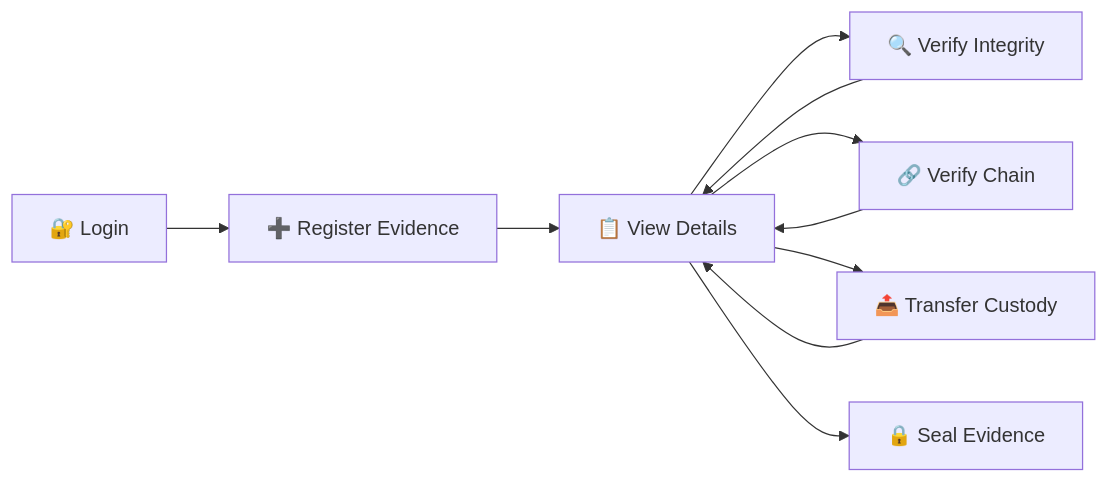
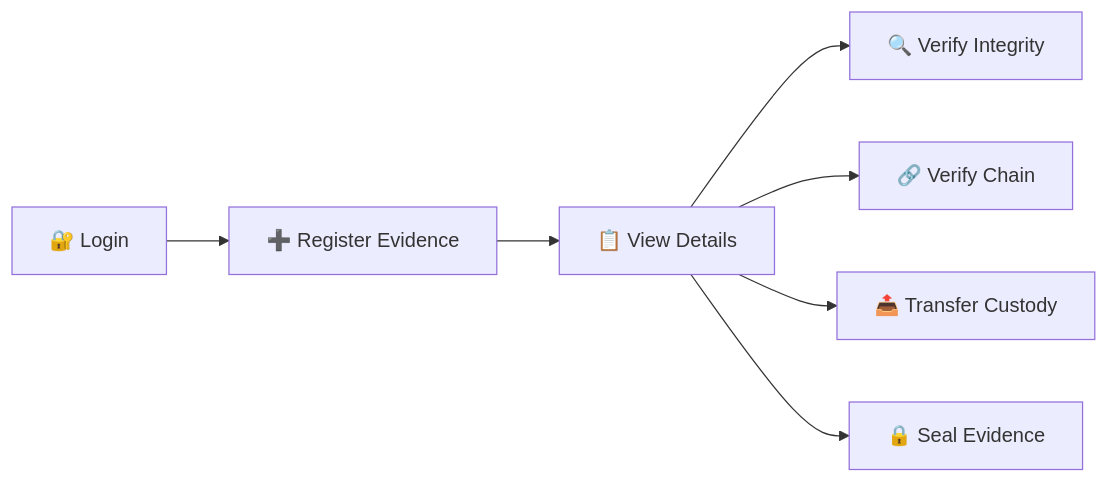
The second of 4 diagrams in README.md (TheWildEye/Evidential), drawn with Mermaid before and after one commit. The commit also changed other lines of this file and 4 other files, not shown here.

````diff
--- a/README.md
+++ b/README.md
@@ -65,12 +111,9 @@
 ```mermaid
 graph LR
     A[🔐 Login] --> B[➕ Register Evidence]
     B --> C[📋 View Details]
     C --> D[🔍 Verify Integrity]
     C --> E[🔗 Verify Chain]
     C --> F[📤 Transfer Custody]
     C --> G[🔒 Seal Evidence]
-    D --> C
-    E --> C
-    F --> C
 ```
````
